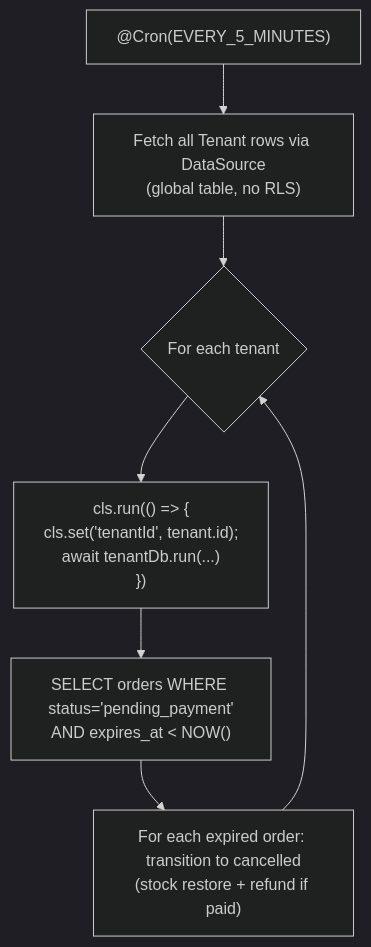
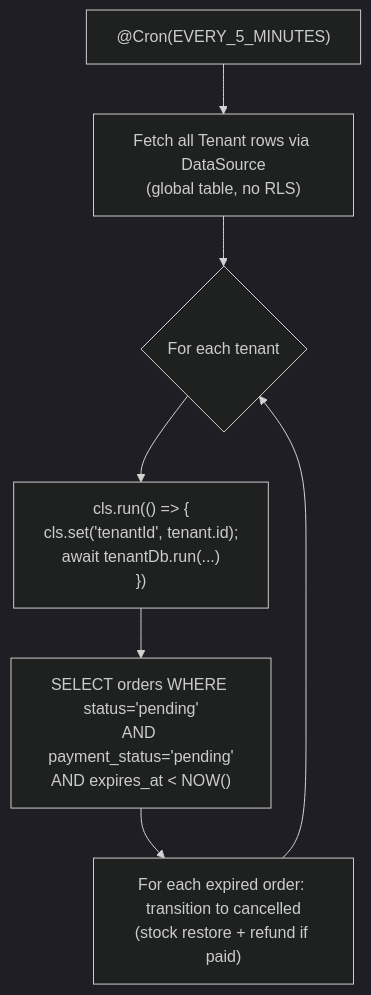
The fifth of 5 diagrams in docs/architecture/orders.md (nabil404/tiny-threads), drawn with Mermaid (dark theme) before and after one commit. The commit also changed 1 other file, not shown here.

Commit message:
docs: fix orders.md scheduler status value and add missing sections to database-conventions.md

````diff
--- a/docs/architecture/orders.md
+++ b/docs/architecture/orders.md
@@ -204,9 +204,9 @@
 ```mermaid
 flowchart TD
     A["@Cron(EVERY_5_MINUTES)"] --> B["Fetch all Tenant rows via DataSource\n(global table, no RLS)"]
     B --> C{"For each tenant"}
     C --> D["cls.run(() => {\n  cls.set('tenantId', tenant.id);\n  await tenantDb.run(...)\n})"]
-    D --> E["SELECT orders WHERE status='pending_payment'\nAND expires_at < NOW()"]
+    D --> E["SELECT orders WHERE status='pending'\nAND payment_status='pending'\nAND expires_at < NOW()"]
     E --> F["For each expired order: transition to cancelled\n(stock restore + refund if paid)"]
     F --> C
 ```
````
